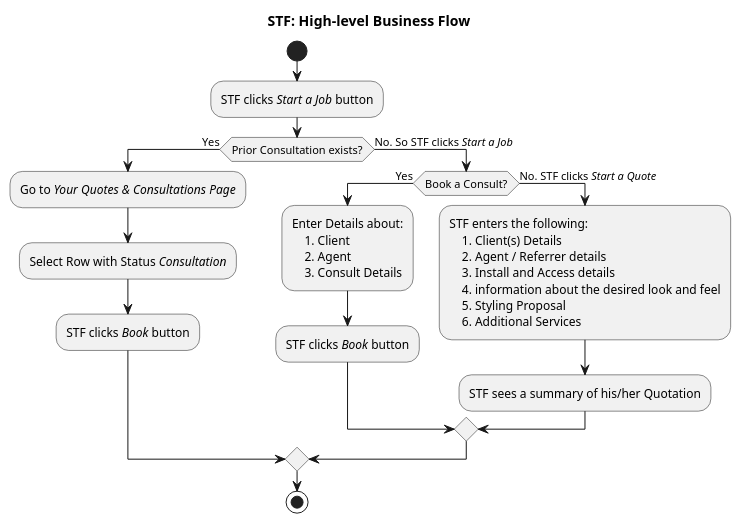
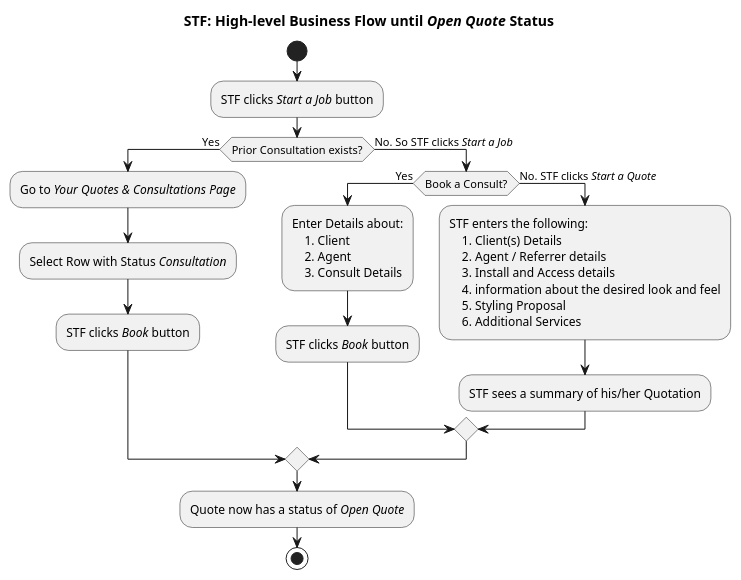
One commit to jpgacrama/NovariSpecs changed the diagram in STF/STF_HighLevelBusinessFlow.pu. Above: the diagram before and after it, drawn with PlantUML.

Commit message:
High-level flow is only until Open Quote state

```diff
--- a/STF/STF_HighLevelBusinessFlow.pu
+++ b/STF/STF_HighLevelBusinessFlow.pu
@@ -1,31 +1,32 @@
 @startuml
-    title STF: High-level Business Flow
+    title STF: High-level Business Flow until //Open Quote// Status
     start
     :STF clicks //Start a Job// button;
 
     if (Prior Consultation exists?) then (Yes)
         :Go to //Your Quotes & Consultations Page//;
         :Select Row with Status //Consultation//;
         :STF clicks //Book// button;
     else (No. So STF clicks //Start a Job//)
         if (Book a Consult?) then (Yes)
             :Enter Details about:
                 1. Client
                 2. Agent
                 3. Consult Details;
 
             :STF clicks //Book// button;
         else (No. STF clicks //Start a Quote//)
             :STF enters the following:
                 1. Client(s) Details
                 2. Agent / Referrer details
                 3. Install and Access details
                 4. information about the desired look and feel
                 5. Styling Proposal
                 6. Additional Services;
 
             :STF sees a summary of his/her Quotation;
         endif
     endif
+    :Quote now has a status of //Open Quote//;
     stop
 @enduml
```
